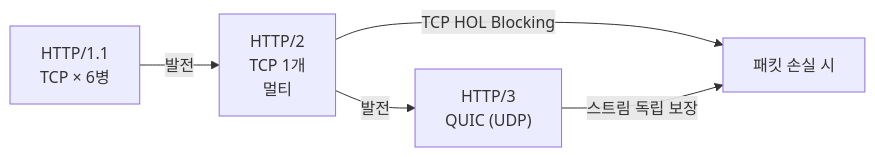
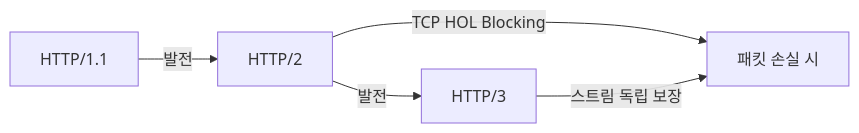
Before and after one commit to yjkim2015/yjkim2015.github.io: the sixth of 6 diagrams in _posts/network/2026-05-03-tcp-udp-deep.md, drawn with Mermaid. The commit also changed other lines of this file and 217 other files, not shown here.

First line of the commit message:
Mermaid 크기 수정: useMaxWidth:true + SVG max-width:100% + 라벨 축소

````diff
--- a/_posts/network/2026-05-03-tcp-udp-deep.md
+++ b/_posts/network/2026-05-03-tcp-udp-deep.md
@@ -386,11 +386,11 @@
 ```mermaid
 graph LR
-    A["HTTP/1.1\nTCP × 6병"]
-    B["HTTP/2\nTCP 1개\n멀티"]
-    C["HTTP/3\nQUIC (UDP)"]
+    A["HTTP/1.1"]
+    B["HTTP/2"]
+    C["HTTP/3"]
     D["패킷 손실 시"]
     A -->|"발전"| B
     B -->|"발전"| C
     B -->|"TCP HOL Blocking"| D
     C -->|"스트림 독립 보장"| D
 ```
````
